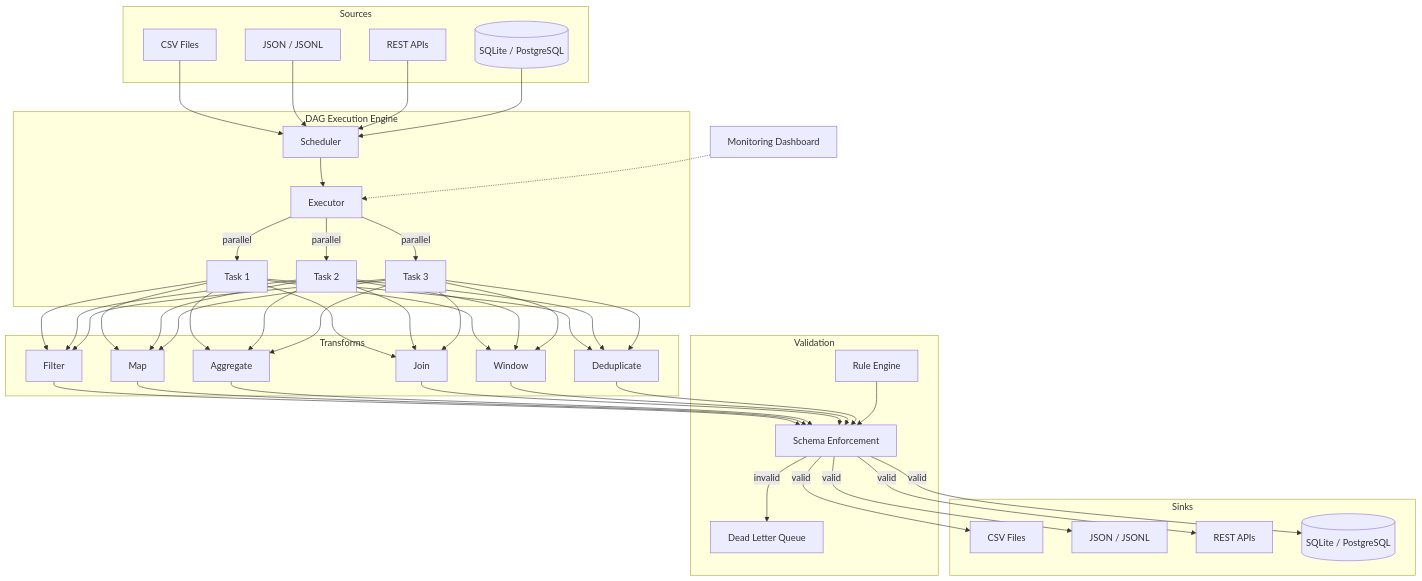
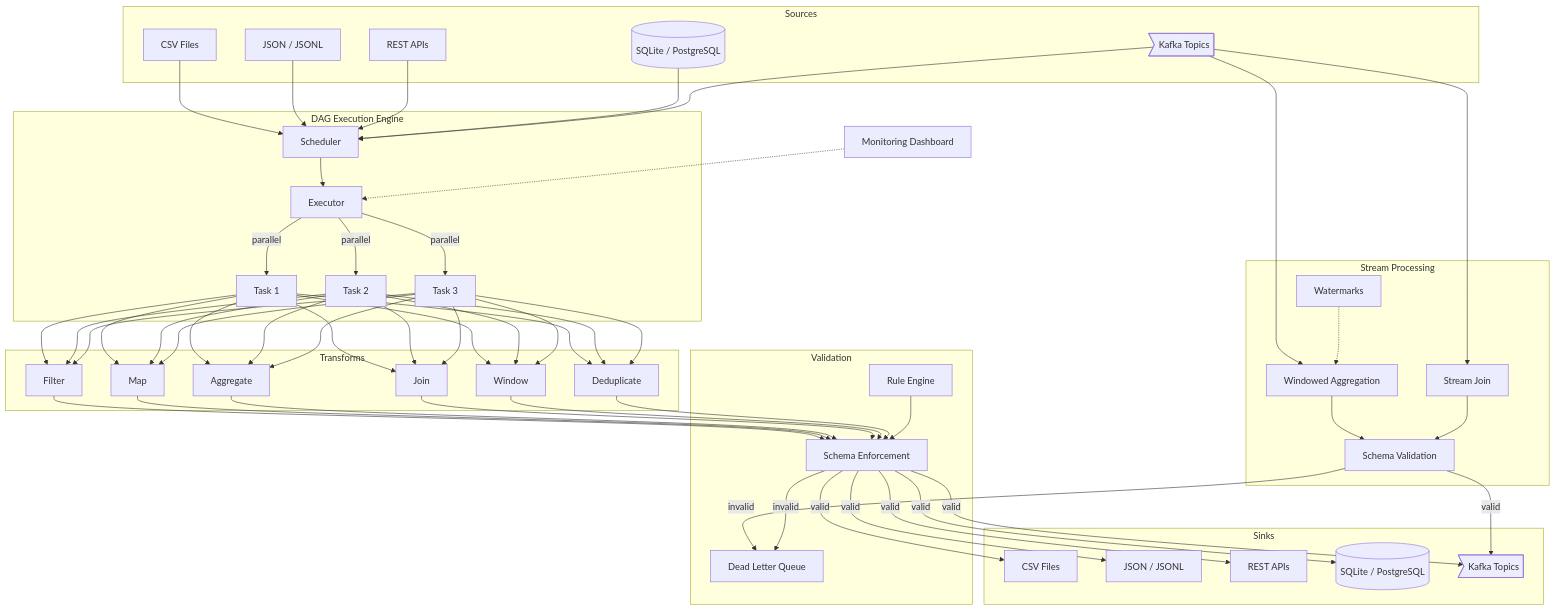
One commit to gcasti256/data-pipeline-engine changed the first of 2 diagrams in README.md. Above: the diagram before and after it, drawn with Mermaid. The commit also changed other lines of this file and 17 other files, not shown here.

````diff
--- a/README.md
+++ b/README.md
@@ -13,47 +13,61 @@
 ```mermaid
 graph TD
     subgraph Sources
         CSV[CSV Files]
         JSON[JSON / JSONL]
         API[REST APIs]
         SQL[(SQLite / PostgreSQL)]
+        KFK_IN>Kafka Topics]
     end
 
     subgraph "DAG Execution Engine"
         SCH[Scheduler] --> EXE[Executor]
         EXE --> |parallel| T1[Task 1]
         EXE --> |parallel| T2[Task 2]
         EXE --> |parallel| T3[Task 3]
     end
 
     subgraph Transforms
         FIL[Filter]
         MAP[Map]
         AGG[Aggregate]
         JOIN[Join]
         WIN[Window]
         DED[Deduplicate]
     end
 
+    subgraph "Stream Processing"
+        WAGG[Windowed Aggregation]
+        SJOIN[Stream Join]
+        SVAL[Schema Validation]
+        WMARK[Watermarks]
+    end
+
     subgraph Validation
         SCH_V[Schema Enforcement]
         RUL[Rule Engine]
         DLQ[Dead Letter Queue]
     end
 
     subgraph Sinks
         CSV2[CSV Files]
         JSON2[JSON / JSONL]
         API2[REST APIs]
         SQL2[(SQLite / PostgreSQL)]
+        KFK_OUT>Kafka Topics]
     end
 
-    CSV & JSON & API & SQL --> SCH
+    CSV & JSON & API & SQL & KFK_IN --> SCH
     T1 & T2 & T3 --> FIL & MAP & AGG & JOIN & WIN & DED
+    KFK_IN --> WAGG & SJOIN
+    WAGG & SJOIN --> SVAL
+    SVAL --> |valid| KFK_OUT
+    SVAL --> |invalid| DLQ
+    WMARK -.-> WAGG
     FIL & MAP & AGG & JOIN & WIN & DED --> SCH_V
-    SCH_V --> |valid| SQL2 & CSV2 & JSON2 & API2
+    SCH_V --> |valid| SQL2 & CSV2 & JSON2 & API2 & KFK_OUT
     SCH_V --> |invalid| DLQ
     RUL --> SCH_V
 
     MON[Monitoring Dashboard] -.-> EXE
 ```
````
